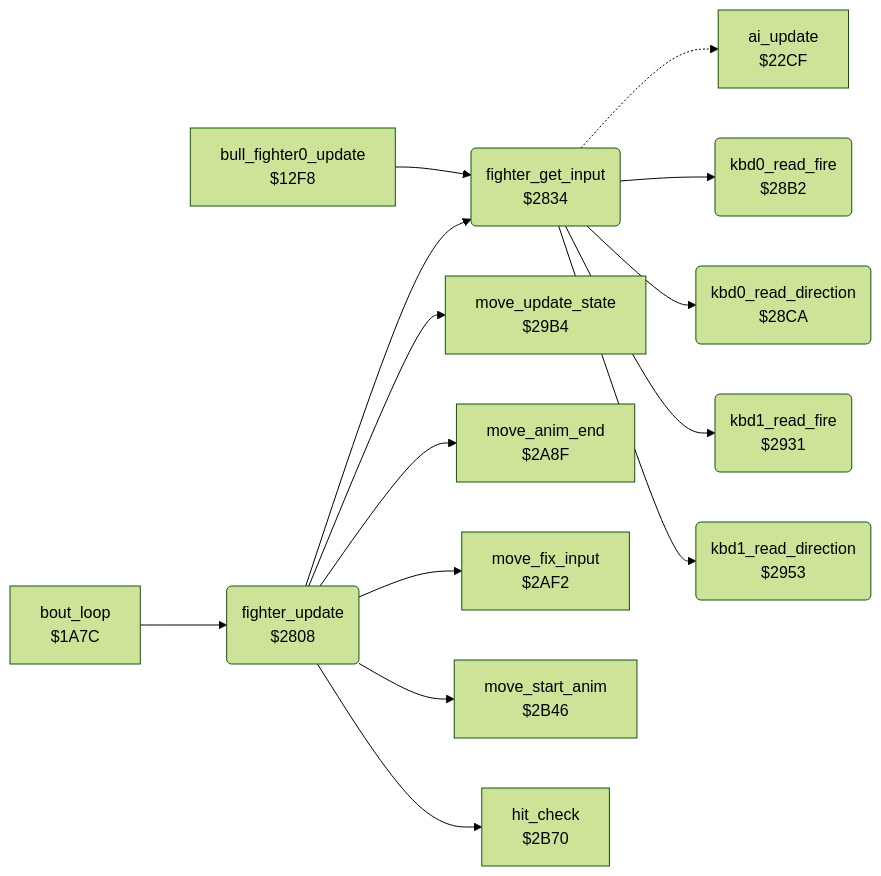
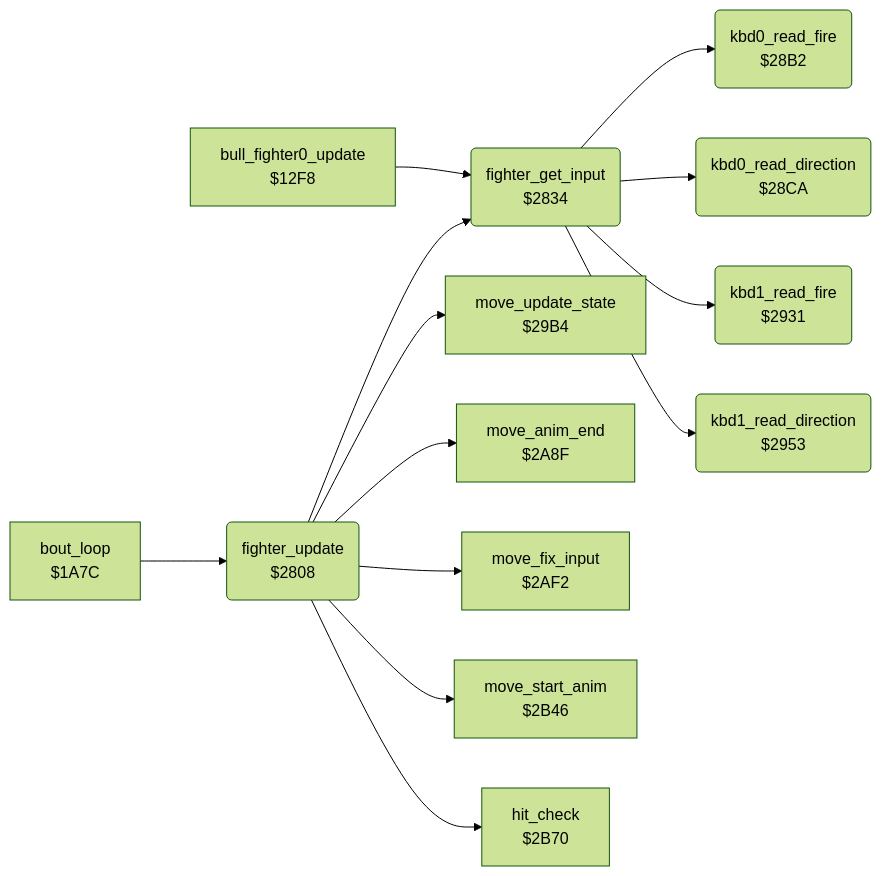
Before and after one commit to henols/c64_games: the diagram in exploding_fist/v2/docs/reference/modules/fighter/fighter_input.md, drawn with Mermaid (forest theme). The commit also changed other lines of this file and 319 other files, not shown here.

````diff
--- a/exploding_fist/v2/docs/reference/modules/fighter/fighter_input.md
+++ b/exploding_fist/v2/docs/reference/modules/fighter/fighter_input.md
@@ -10,30 +27,28 @@
 ```mermaid
 flowchart LR
   n12f8["bull_fighter0_update<br/>$12F8"]
   n1a7c["bout_loop<br/>$1A7C"]
-  n22cf["ai_update<br/>$22CF"]
   n2808("fighter_update<br/>$2808")
   n2834("fighter_get_input<br/>$2834")
   n28b2("kbd0_read_fire<br/>$28B2")
   n28ca("kbd0_read_direction<br/>$28CA")
   n2931("kbd1_read_fire<br/>$2931")
   n2953("kbd1_read_direction<br/>$2953")
   n29b4["move_update_state<br/>$29B4"]
   n2a8f["move_anim_end<br/>$2A8F"]
   n2af2["move_fix_input<br/>$2AF2"]
   n2b46["move_start_anim<br/>$2B46"]
   n2b70["hit_check<br/>$2B70"]
   n12f8 --> n2834
   n1a7c --> n2808
   n2808 --> n2834
   n2808 --> n29b4
   n2808 --> n2a8f
   n2808 --> n2af2
   n2808 --> n2b46
   n2808 --> n2b70
-  n2834 -.-> n22cf
   n2834 --> n28b2
   n2834 --> n28ca
   n2834 --> n2931
   n2834 --> n2953
 ```
````
